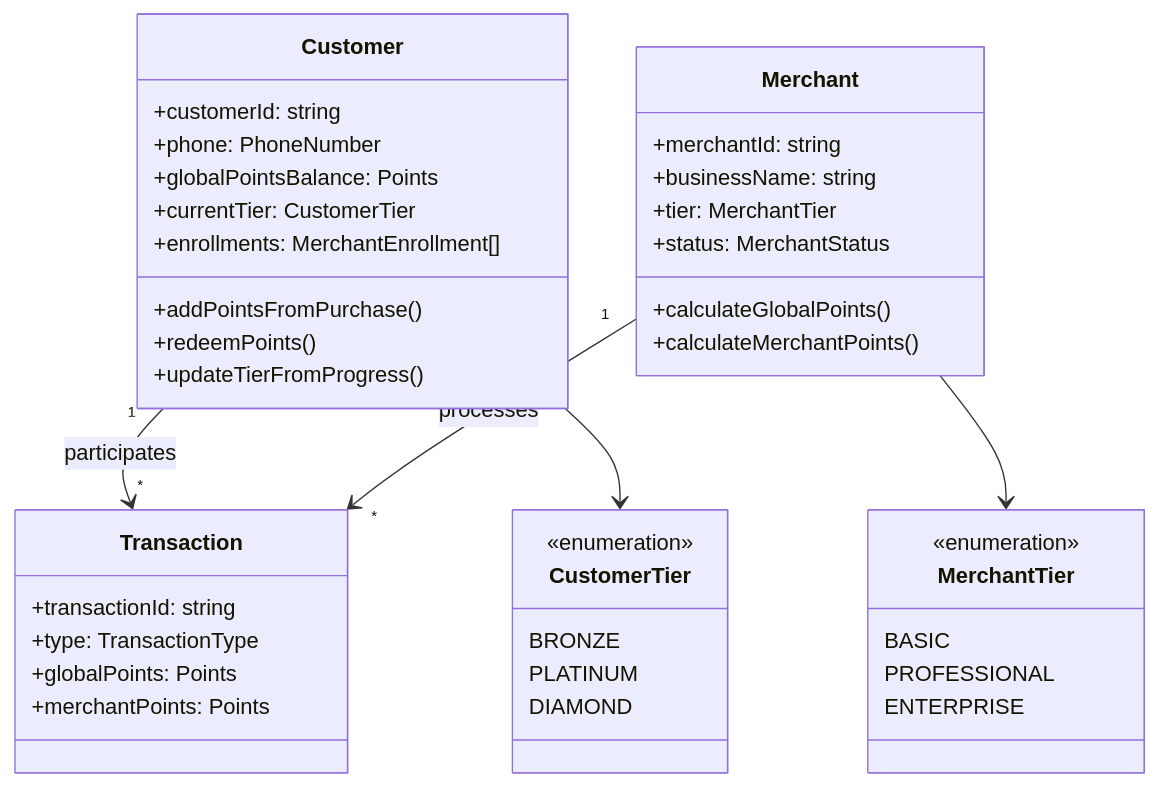
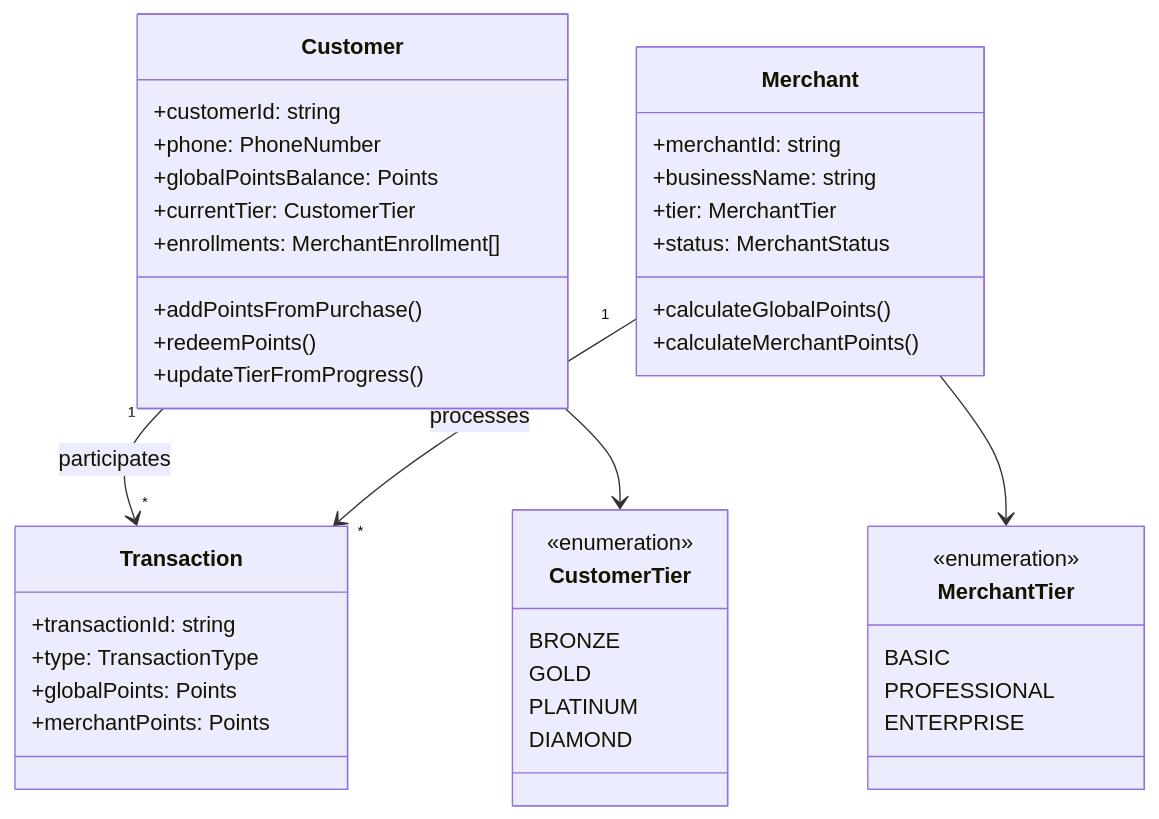
Before and after one commit to MohammadYusif/pointly: the second of 2 diagrams in README.md, drawn with Mermaid. The commit also changed other lines of this file and 55 other files, not shown here.

````diff
--- a/README.md
+++ b/README.md
@@ -58,48 +58,49 @@
 ```mermaid
 classDiagram
     class Customer {
         +customerId: string
         +phone: PhoneNumber
         +globalPointsBalance: Points
         +currentTier: CustomerTier
         +enrollments: MerchantEnrollment[]
         +addPointsFromPurchase()
         +redeemPoints()
         +updateTierFromProgress()
     }
 
     class Merchant {
         +merchantId: string
         +businessName: string
         +tier: MerchantTier
         +status: MerchantStatus
         +calculateGlobalPoints()
         +calculateMerchantPoints()
     }
 
     class Transaction {
         +transactionId: string
         +type: TransactionType
         +globalPoints: Points
         +merchantPoints: Points
     }
 
     class CustomerTier {
         <<enumeration>>
         BRONZE
+        GOLD
         PLATINUM
         DIAMOND
     }
 
     class MerchantTier {
         <<enumeration>>
         BASIC
         PROFESSIONAL
         ENTERPRISE
     }
 
     Customer "1" --> "*" Transaction : participates
     Merchant "1" --> "*" Transaction : processes
     Customer --> CustomerTier
     Merchant --> MerchantTier
 ```
````
